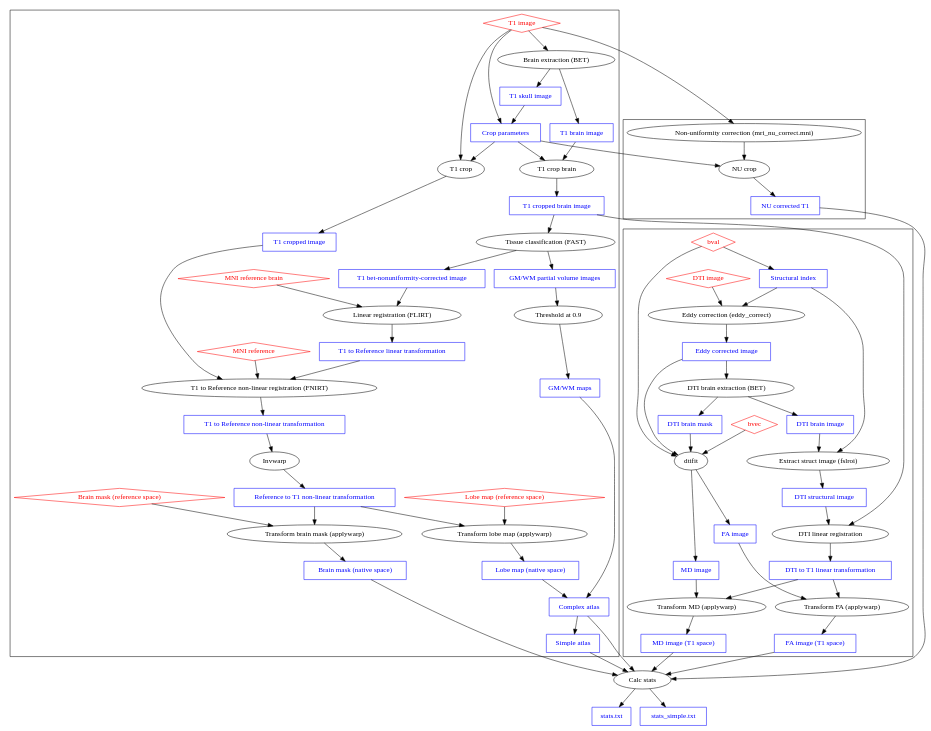
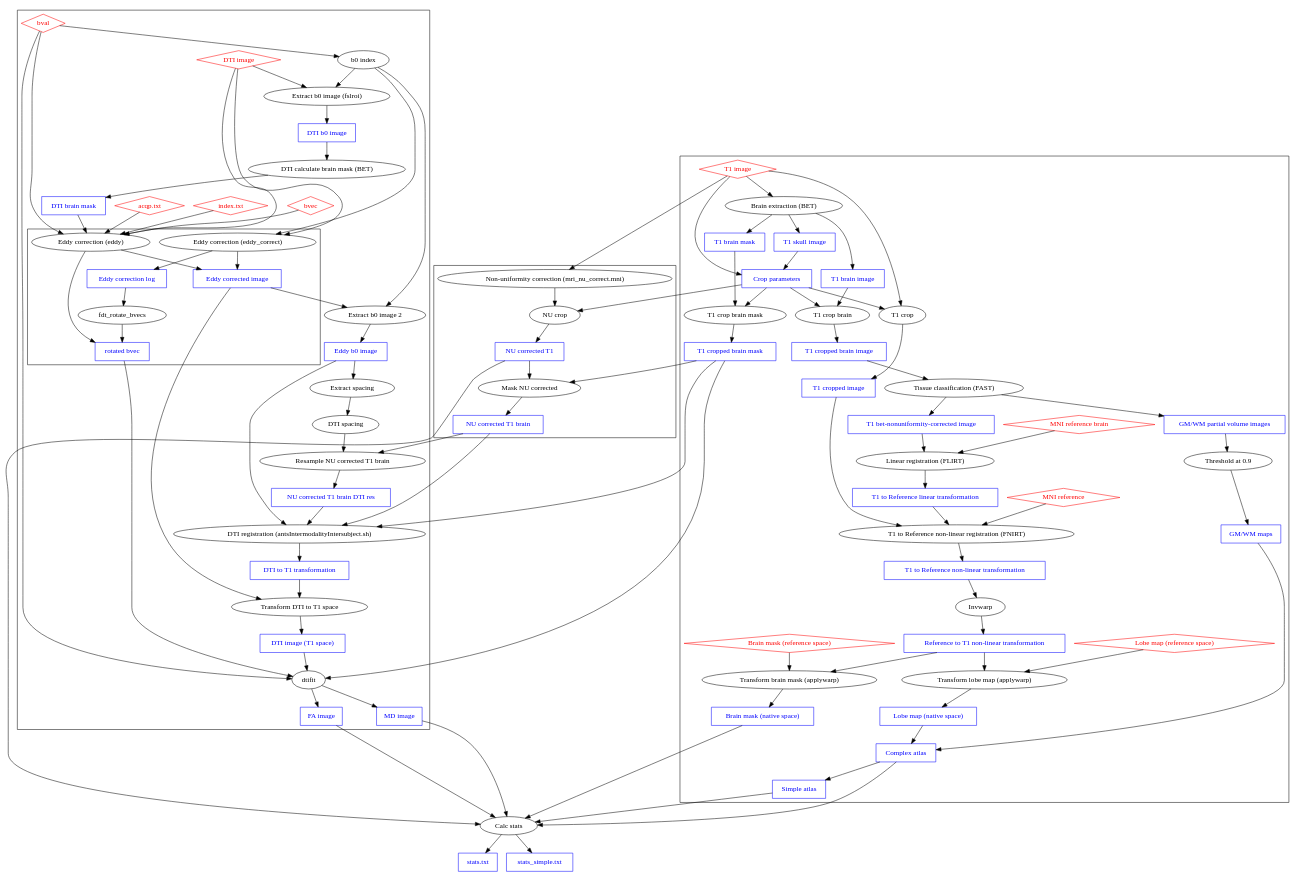
Before and after one commit to pndni/Charge_GM_WM_Properties_Pipeline: the diagram in doc/pipeline.dot, drawn with Graphviz. The commit also changed 2 other files, not shown here.

```diff
--- a/doc/pipeline.dot
+++ b/doc/pipeline.dot
@@ -1,82 +1,99 @@
 strict digraph Pipeline {
 subgraph Inputs {
 node [shape=diamond, color=red, fontcolor=red]
 "T1 image"
 "MNI reference"
 "MNI reference brain"
 "Lobe map (reference space)"
 "Brain mask (reference space)"
 "DTI image"
 "bvec"
 "bval"
+"acqp.txt"
+"index.txt"
 }
 subgraph Outputs {
 node[shape=rect, color=blue, fontcolor=blue];
 "T1 brain image" 
+"T1 brain mask" 
 "T1 cropped brain image" 
+"T1 cropped brain mask" 
 "T1 cropped image"
 "T1 skull image"
 "GM/WM partial volume images"
 "GM/WM maps"
 "T1 bet-nonuniformity-corrected image"
 "Crop parameters"
 "T1 to Reference linear transformation"
 "T1 to Reference non-linear transformation"
 "Reference to T1 non-linear transformation"
 "Lobe map (native space)"
 "Brain mask (native space)"
 "NU corrected T1"
+"NU corrected T1 brain"
+"NU corrected T1 brain DTI res"
 "Eddy corrected image"
+"rotated bvec"
+"Eddy correction log"
+"Eddy b0 image"
 "DTI brain mask"
+"DTI image (T1 space)"
 "FA image"
 "MD image"
-"FA image (T1 space)"
-"MD image (T1 space)"
-"DTI to T1 linear transformation"
+"DTI to T1 transformation"
 "stats.txt"
 "stats_simple.txt"
 "Complex atlas"
 "Simple atlas"
-"Structural index"
-"DTI brain image"
-"DTI structural image"
+"DTI b0 image"
 }
 subgraph clustermaps{
 "T1 image" -> "Brain extraction (BET)" -> "T1 brain image"
 "Brain extraction (BET)" -> "T1 skull image"
+"Brain extraction (BET)" -> "T1 brain mask"
 "T1 skull image" -> "Crop parameters"
 "T1 image" -> "Crop parameters"
 {"T1 image", "Crop parameters"} -> "T1 crop" -> "T1 cropped image"
+{"T1 brain mask", "Crop parameters"} -> "T1 crop brain mask" -> "T1 cropped brain mask"
 {"T1 brain image", "Crop parameters"} -> "T1 crop brain" -> "T1 cropped brain image"
 "T1 cropped brain image" -> "Tissue classification (FAST)"
 "Tissue classification (FAST)" -> {"GM/WM partial volume images", "T1 bet-nonuniformity-corrected image"}
 {"GM/WM partial volume images" -> "Threshold at 0.9" -> "GM/WM maps"}
 {"T1 bet-nonuniformity-corrected image", "MNI reference brain"} -> "Linear registration (FLIRT)" -> "T1 to Reference linear transformation"
 {"T1 to Reference linear transformation", "T1 cropped image", "MNI reference"} -> "T1 to Reference non-linear registration (FNIRT)" -> "T1 to Reference non-linear transformation"
 {"T1 to Reference non-linear transformation" -> Invwarp -> "Reference to T1 non-linear transformation"}
 {"Lobe map (reference space)", "Reference to T1 non-linear transformation"} -> "Transform lobe map (applywarp)" -> "Lobe map (native space)"
 {"Brain mask (reference space)", "Reference to T1 non-linear transformation"} -> "Transform brain mask (applywarp)" -> "Brain mask (native space)"
 {"Lobe map (native space)", "GM/WM maps"} -> "Complex atlas"
 "Complex atlas" -> "Simple atlas"
 }
 
 subgraph "clusterT1 data" {
 "T1 image" -> "Non-uniformity correction (mri_nu_correct.mni)" -> "NU crop" -> "NU corrected T1"
 "Crop parameters" -> "NU crop"
+{"NU corrected T1", "T1 cropped brain mask"} -> "Mask NU corrected" -> "NU corrected T1 brain"
 }
 
 subgraph "clusterDTI" {
-bval -> "Structural index"
-{"DTI image", "Structural index"} -> "Eddy correction (eddy_correct)" -> "Eddy corrected image"
-"Eddy corrected image" -> "DTI brain extraction (BET)" -> {"DTI brain mask", "DTI brain image"}
-{"Eddy corrected image", "bvec", "bval", "DTI brain mask"} -> dtifit -> {"FA image", "MD image"}
-{"DTI brain image", "Structural index"} -> "Extract struct image (fslroi)" -> "DTI structural image"
-{"DTI structural image", "T1 cropped brain image"} -> "DTI linear registration" -> "DTI to T1 linear transformation"
-{"DTI to T1 linear transformation", "FA image"} -> "Transform FA (applywarp)" -> "FA image (T1 space)"
-{"DTI to T1 linear transformation", "MD image"} -> "Transform MD (applywarp)" -> "MD image (T1 space)"
+bval -> "b0 index"
+{"DTI image", "b0 index"} ->  "Extract b0 image (fslroi)" -> "DTI b0 image"
+"DTI b0 image" -> "DTI calculate brain mask (BET)" -> "DTI brain mask"
+{"DTI image", "DTI brain mask", "bvec", "bval", "acqp.txt", "index.txt"} -> "Eddy correction (eddy)"
+{"DTI image", "b0 index"} -> "Eddy correction (eddy_correct)"
+subgraph "clusterEddy" {
+"Eddy correction (eddy)" -> {"Eddy corrected image", "rotated bvec"}
+"Eddy correction (eddy_correct)" -> {"Eddy corrected image", "Eddy correction log"}
+"Eddy correction log" -> "fdt_rotate_bvecs" -> "rotated bvec"
+}
+{"Eddy corrected image", "b0 index"} -> "Extract b0 image 2" -> "Eddy b0 image"
+"Eddy b0 image" -> "Extract spacing" -> "DTI spacing"
+{"NU corrected T1 brain", "DTI spacing"} -> "Resample NU corrected T1 brain" -> "NU corrected T1 brain DTI res"
+{"Eddy b0 image", "NU corrected T1 brain DTI res", "NU corrected T1 brain", "T1 cropped brain mask"} -> "DTI registration (antsIntermodalityIntersubject.sh)" -> "DTI to T1 transformation"
+{"DTI to T1 transformation", "Eddy corrected image"} -> "Transform DTI to T1 space" -> "DTI image (T1 space)"
+{"DTI image (T1 space)", "rotated bvec", "bval", "T1 cropped brain mask"} -> dtifit -> {"FA image", "MD image"}
 }
 
-{"NU corrected T1", "Complex atlas", "Brain mask (native space)", "FA image (T1 space)", "MD image (T1 space)"} -> "Calc stats" -> "stats.txt"
-{"NU corrected T1", "Simple atlas", "Brain mask (native space)", "FA image (T1 space)", "MD image (T1 space)"} -> "Calc stats" -> "stats_simple.txt"
+{"NU corrected T1", "Complex atlas", "Brain mask (native space)", "FA image", "MD image"} -> "Calc stats" -> "stats.txt"
+{"NU corrected T1", "Simple atlas", "Brain mask (native space)", "FA image", "MD image"} -> "Calc stats" -> "stats_simple.txt"
 
 }
```
